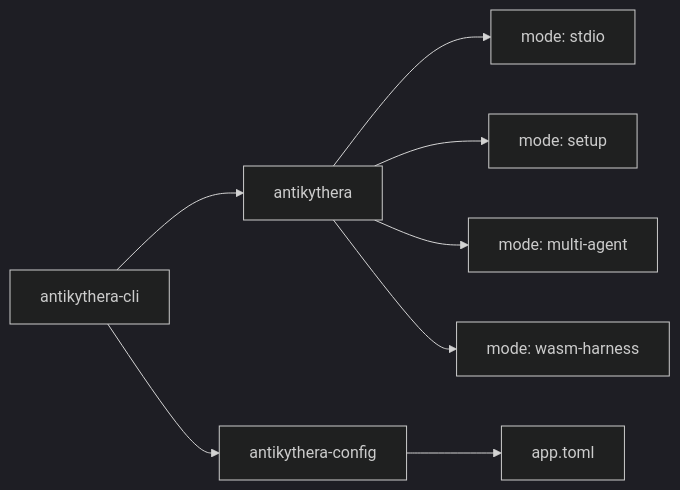
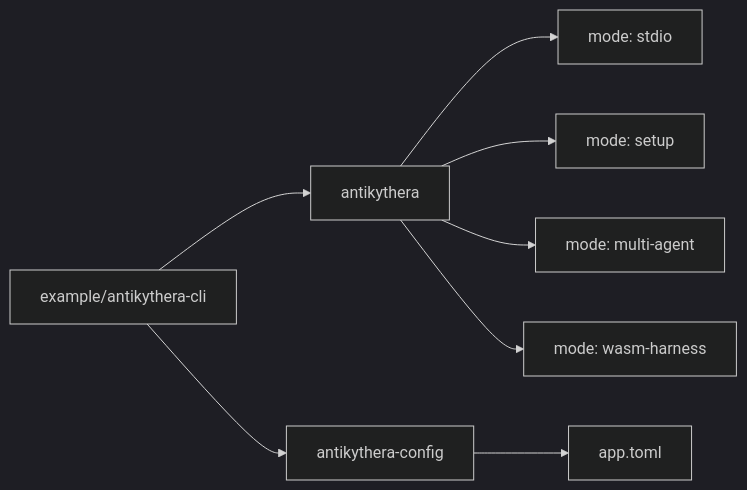
One commit to tsfarizi/antikythera-mcp-framework changed the first of 3 diagrams in documentation/CLI.md. Above: the diagram before and after it, drawn with Mermaid (dark theme). The commit also changed other lines of this file and 14 other files, not shown here.

````diff
--- a/documentation/CLI.md
+++ b/documentation/CLI.md
@@ -7,11 +9,11 @@
 ```mermaid
 flowchart LR
-    CLI_CRATE[antikythera-cli]
+    CLI_CRATE[example/antikythera-cli]
     CLI_CRATE --> MAIN[antikythera]
     CLI_CRATE --> CONFIG[antikythera-config]
     MAIN --> STDIO[mode: stdio]
     MAIN --> SETUP[mode: setup]
     MAIN --> MULTI[mode: multi-agent]
     MAIN --> HARNESS[mode: wasm-harness]
     CONFIG --> PC[app.toml]
 ```
````
